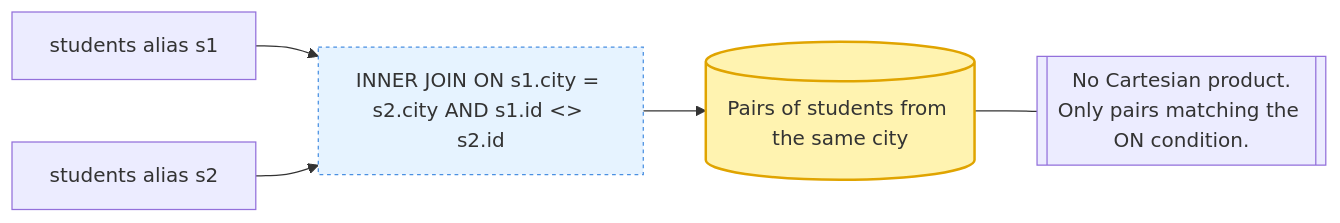
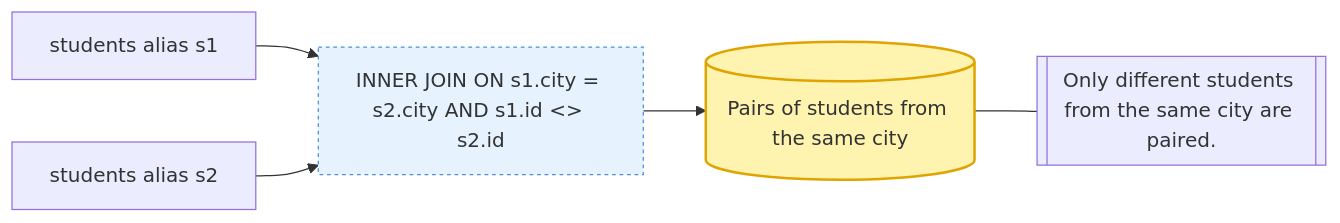
Before and after one commit to hogeschool/Data-Technologies-public: the sixth of 6 diagrams in Workshops/Workshop 1 - Basic SQL/3 - Joins.md, drawn with Mermaid. The commit also changed other lines of this file, not shown here.

Commit message:
Clarify how to read the join diagrams

````diff
--- a/Workshops/Workshop 1 - Basic SQL/3 - Joins.md
+++ b/Workshops/Workshop 1 - Basic SQL/3 - Joins.md
@@ -413,17 +415,17 @@
 ```mermaid
 
 flowchart LR
     S1[students alias s1] --> J[INNER JOIN ON s1.city = s2.city AND s1.id <> s2.id]
     S2[students alias s2] --> J
     J --> Result[(Pairs of students from the same city)]
 
     %% Style result set
     style Result fill:#fff3b0,stroke:#e0a400,stroke-width:2px
 
     %% Style join node
     style J fill:#e6f3ff,stroke:#4a90e2,stroke-width:1px,stroke-dasharray: 3 3
 
     %% Note
-    noteN[["No Cartesian product.<br/>Only pairs matching the ON condition."]]
+    noteN[["Only different students from the same city are paired."]]
     Result --- noteN
 ```
````
